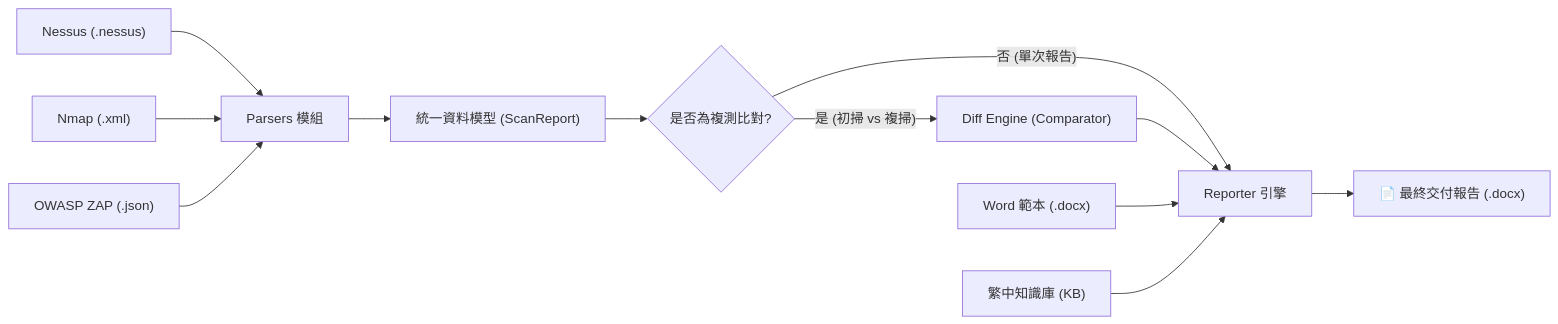
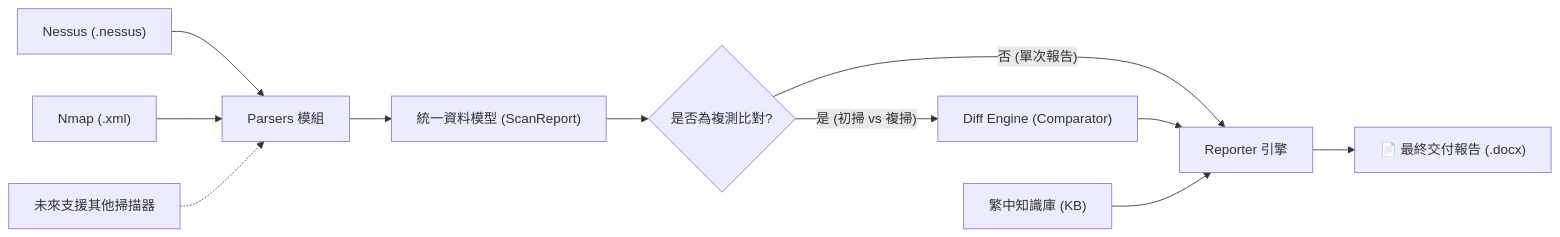
One commit to NickYCLin/vuln-weaver changed the diagram in README.md. Above: the diagram before and after it, drawn with Mermaid. The commit also changed other lines of this file, not shown here.

````diff
--- a/README.md
+++ b/README.md
@@ -51,18 +52,17 @@
 ```mermaid
 flowchart LR
     A["Nessus (.nessus)"] --> D["Parsers 模組"]
     B["Nmap (.xml)"] --> D
-    C["OWASP ZAP (.json)"] --> D
+    C["未來支援其他掃描器"] -.-> D
     
     D --> E["統一資料模型 (ScanReport)"]
     
     E --> F{"是否為複測比對?"}
     F -->|"是 (初掃 vs 複掃)"| G["Diff Engine (Comparator)"]
     F -->|"否 (單次報告)"| H["Reporter 引擎"]
     
     G --> H
-    I["Word 範本 (.docx)"] --> H
     J["繁中知識庫 (KB)"] --> H
     
     H --> K["📄 最終交付報告 (.docx)"]
 ```
````
